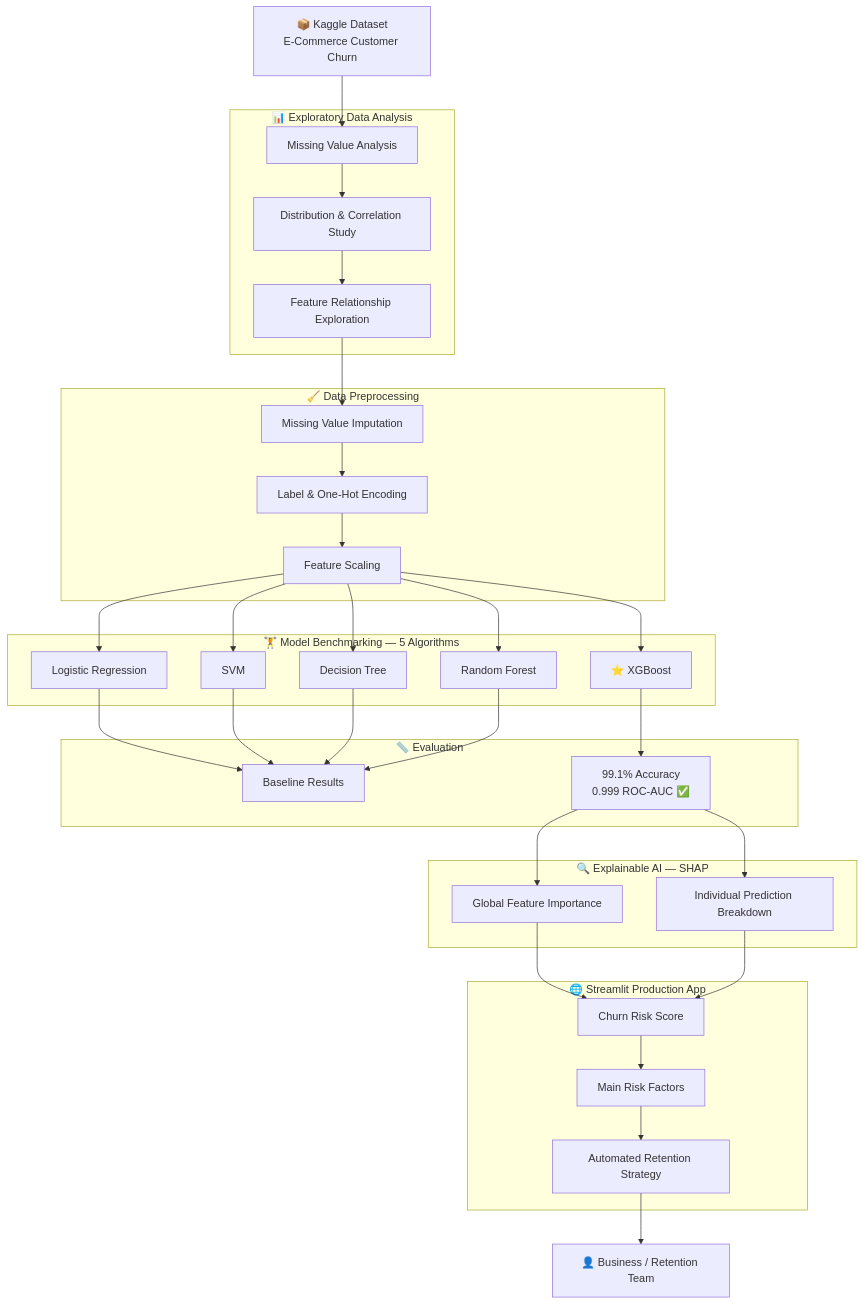
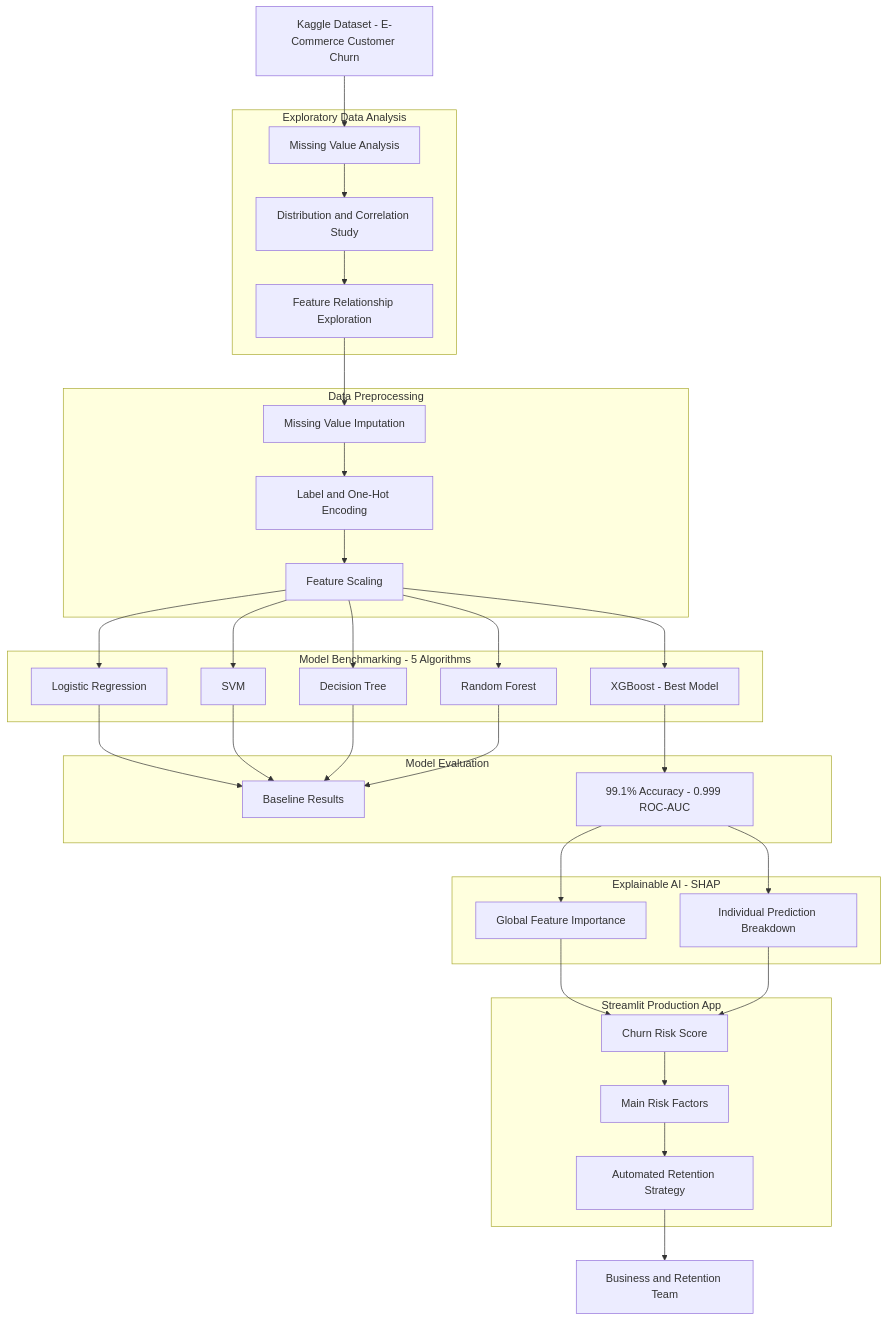
The diagram in README.md (mshakeelrasheed/churnsense-ai), drawn with Mermaid before and after one commit. The commit also changed other lines of this file, not shown here.

````diff
--- a/README.md
+++ b/README.md
@@ -73,42 +73,45 @@
 ```mermaid
 flowchart TD
-    A[📦 Kaggle Dataset\nE-Commerce Customer Churn] --> B
+    A[Kaggle Dataset - E-Commerce Customer Churn] --> B
 
-    subgraph EDA["📊 Exploratory Data Analysis"]
-        B[Missing Value Analysis] --> C[Distribution & Correlation Study]
+    subgraph EDA[Exploratory Data Analysis]
+        B[Missing Value Analysis] --> C[Distribution and Correlation Study]
         C --> D[Feature Relationship Exploration]
     end
 
-    subgraph Preprocessing["🧹 Data Preprocessing"]
+    subgraph Preprocessing[Data Preprocessing]
         D --> E[Missing Value Imputation]
-        E --> F[Label & One-Hot Encoding]
+        E --> F[Label and One-Hot Encoding]
         F --> G[Feature Scaling]
     end
 
-    subgraph Modeling["🏋️ Model Benchmarking — 5 Algorithms"]
+    subgraph Modeling[Model Benchmarking - 5 Algorithms]
         G --> H1[Logistic Regression]
         G --> H2[SVM]
         G --> H3[Decision Tree]
         G --> H4[Random Forest]
-        G --> H5[⭐ XGBoost]
+        G --> H5[XGBoost - Best Model]
     end
 
-    subgraph Evaluation["📏 Evaluation"]
-        H1 & H2 & H3 & H4 --> I1[Baseline Results]
-        H5 --> I2[99.1% Accuracy\n0.999 ROC-AUC ✅]
+    subgraph Evaluation[Model Evaluation]
+        H1 --> I1[Baseline Results]
+        H2 --> I1
+        H3 --> I1
+        H4 --> I1
+        H5 --> I2[99.1% Accuracy - 0.999 ROC-AUC]
     end
 
-    subgraph XAI["🔍 Explainable AI — SHAP"]
+    subgraph XAI[Explainable AI - SHAP]
         I2 --> J1[Global Feature Importance]
         I2 --> J2[Individual Prediction Breakdown]
     end
 
-    subgraph App["🌐 Streamlit Production App"]
+    subgraph App[Streamlit Production App]
         J1 --> K[Churn Risk Score]
         J2 --> K
         K --> L[Main Risk Factors]
         L --> M[Automated Retention Strategy]
     end
 
-    M --> N[👤 Business / Retention Team]
+    M --> N[Business and Retention Team]
 ```
````
